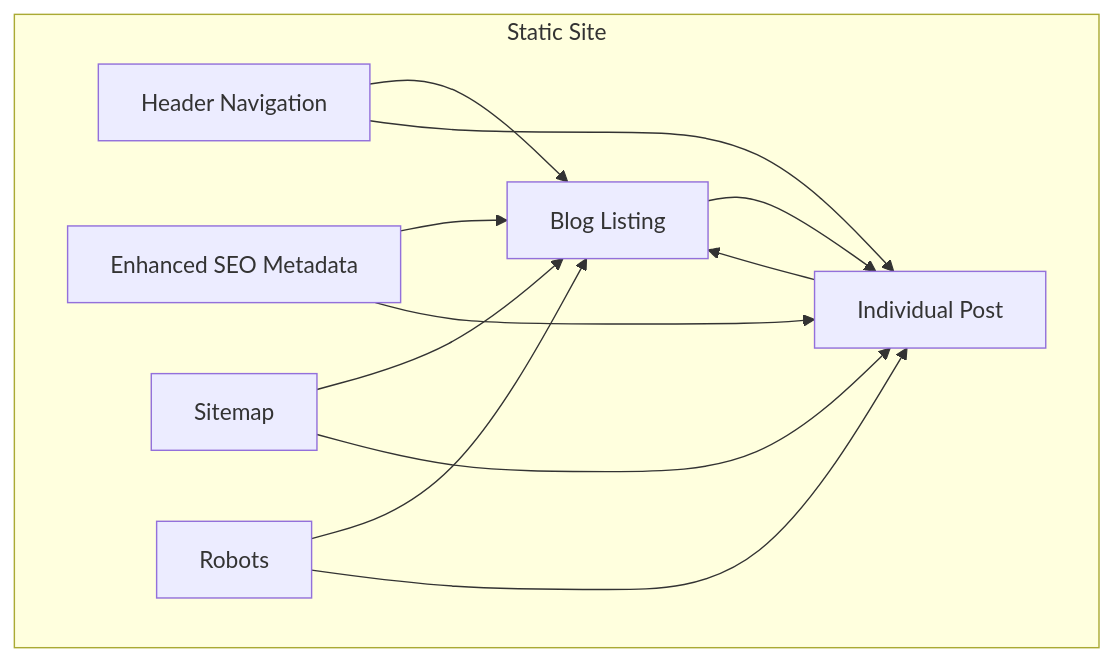
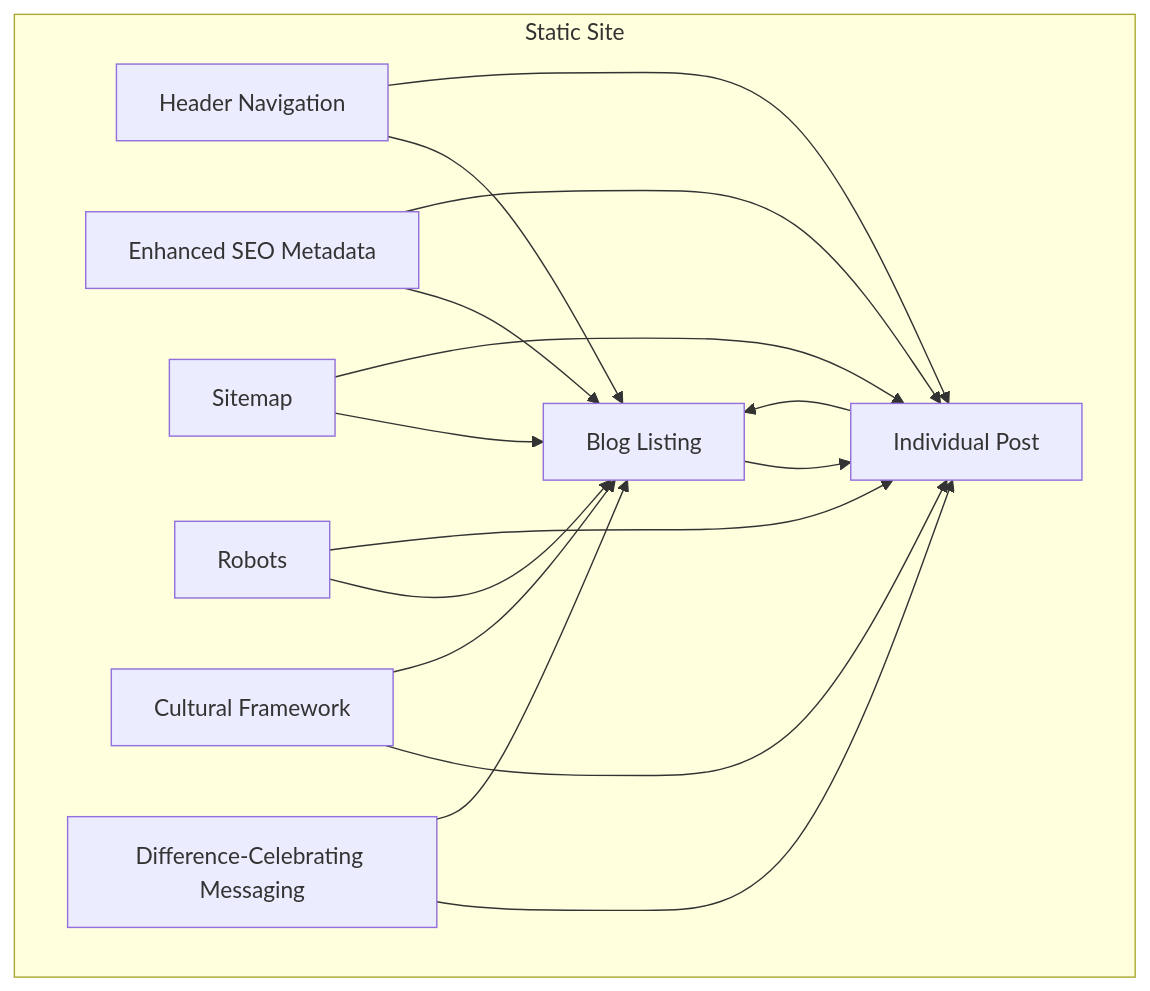
The second of 6 diagrams in .qoder/repowiki/en/content/Core Features/Educational Content Platform.md (lynchip/graduates), drawn with Mermaid before and after one commit. The commit also changed other lines of this file and 12 other files, not shown here.

````diff
--- a/.qoder/repowiki/en/content/Core Features/Educational Content Platform.md
+++ b/.qoder/repowiki/en/content/Core Features/Educational Content Platform.md
@@ -159,21 +158,27 @@
 ```mermaid
 graph TB
 subgraph "Static Site"
 Nav["Header Navigation"]
 List["Blog Listing"]
 Post["Individual Post"]
 SEO["Enhanced SEO Metadata"]
 Sitemap["Sitemap"]
 Robots["Robots"]
+Culture["Cultural Framework"]
+End["Difference-Celebrating Messaging"]
 end
 Nav --> List
 Nav --> Post
 List --> Post
 Post --> List
 SEO --> List
 SEO --> Post
 Sitemap --> List
 Sitemap --> Post
 Robots --> List
 Robots --> Post
+Culture --> Post
+Culture --> List
+End --> Post
+End --> List
 ```
````
